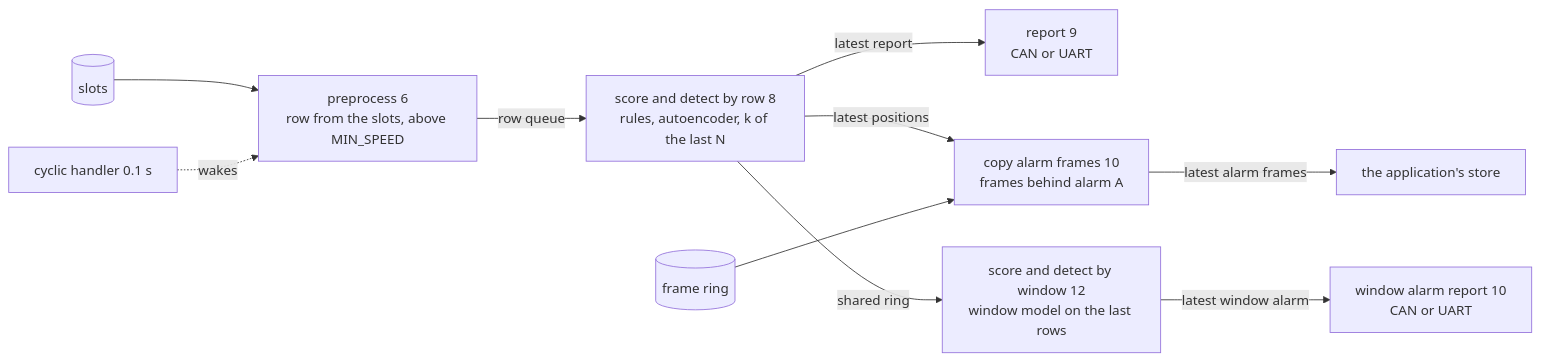
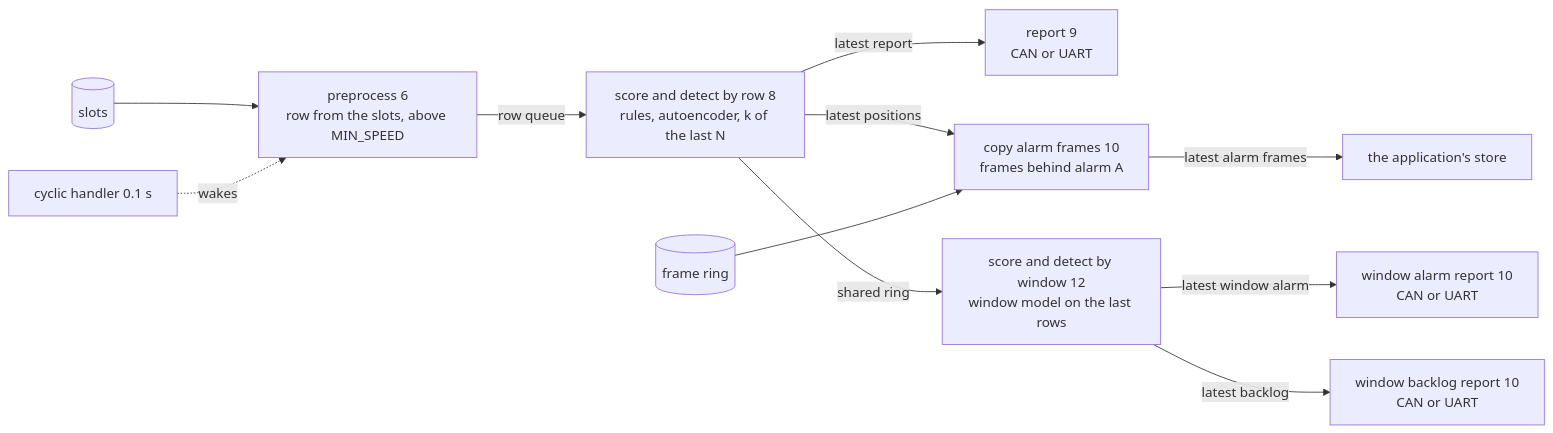
The diagram in board/lib/ai_can_anomaly_detection_tasks/README.md (asana17/ai_can_anomaly_detection), drawn with Mermaid before and after one commit. The commit also changed other lines of this file and 17 other files, not shown here.

Commit message:
feat(board): report rows the window model scores late or loses

````diff
--- a/board/lib/ai_can_anomaly_detection_tasks/README.md
+++ b/board/lib/ai_can_anomaly_detection_tasks/README.md
@@ -13,12 +14,13 @@
 ```mermaid
 flowchart LR
     slots[(slots)] --> pre["preprocess 6<br/>row from the slots, above MIN_SPEED"]
     tick[cyclic handler 0.1 s] -. wakes .-> pre
     pre -- row queue --> sd["score and detect by row 8<br/>rules, autoencoder, k of the last N"]
     sd -- latest report --> report["report 9<br/>CAN or UART"]
     sd -- latest positions --> copy["copy alarm frames 10<br/>frames behind alarm A"]
     frames[(frame ring)] --> copy
     copy -- latest alarm frames --> store["the application's store"]
     sd -- shared ring --> win["score and detect by window 12<br/>window model on the last rows"]
     win -- latest window alarm --> window_report["window alarm report 10<br/>CAN or UART"]
+    win -- latest backlog --> backlog_report["window backlog report 10<br/>CAN or UART"]
 ```
````
